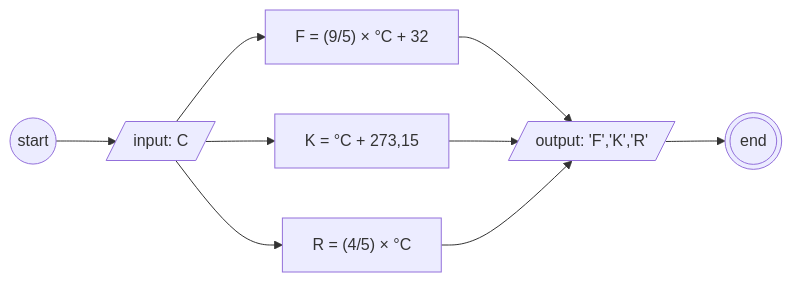
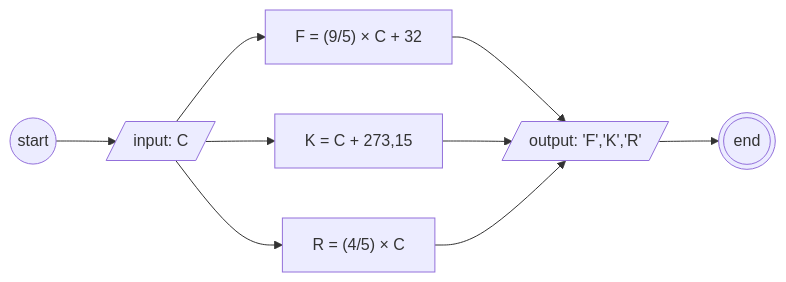
One commit to VsalCode/fgo24-Algoritma changed the diagram in minitask4.md. Above: the diagram before and after it, drawn with Mermaid. The commit also changed other lines of this file, not shown here.

````diff
--- a/minitask4.md
+++ b/minitask4.md
@@ -15,23 +15,23 @@
 ```mermaid
 flowchart LR
     A@{shape: circle, label: "start"}
     input@{shape: lean-r, label: "input: C"}
-    f@{shape: rectangle, label: "F = (9/5) × °C + 32"}
-    k@{shape: rectangle, label: "K = °C + 273,15"}
-    r@{shape: rectangle, label: "R = (4/5) × °C"}
+    f@{shape: rectangle, label: "F = (9/5) × C + 32"}
+    k@{shape: rectangle, label: "K = C + 273,15"}
+    r@{shape: rectangle, label: "R = (4/5) × C"}
     output@{shape: lean-r, label: "output: 'F','K','R'"}
     X@{shape: dbl-circ, label: "end"}
 
 
     A --> input
     input --> f 
     input --> k 
     input --> r 
 
     f --> output
     k --> output
     r --> output
 
     output --> X
 
 ```
````
